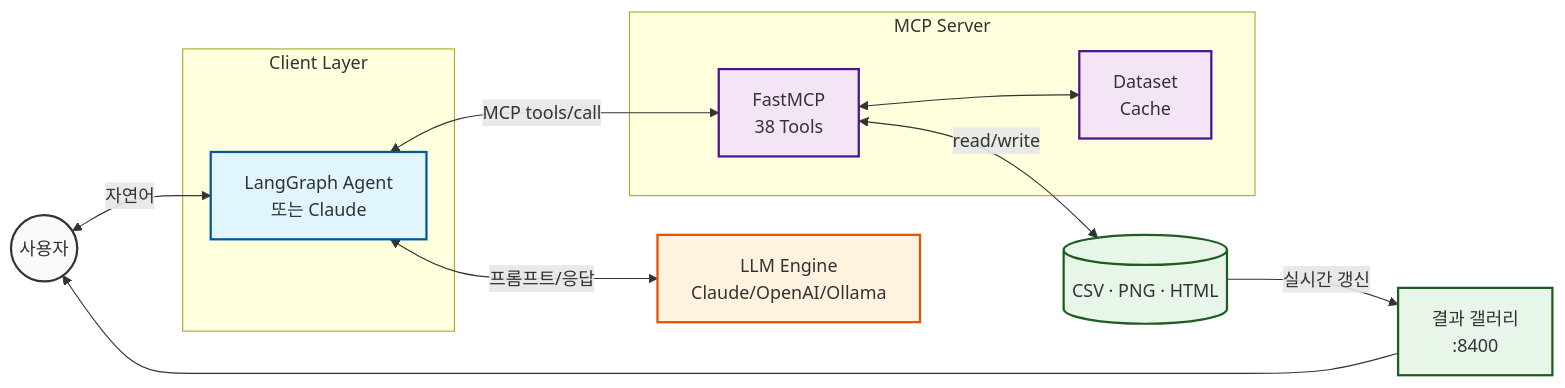
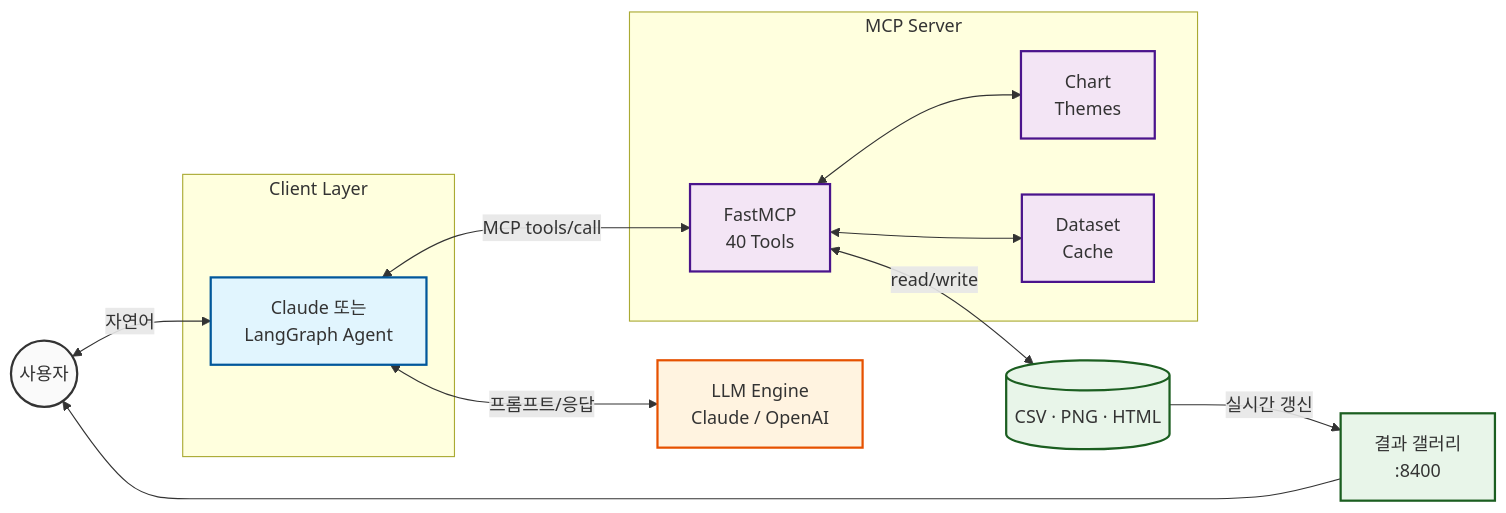
One commit to chaeminyoon/Data-Analyze-MCP changed the diagram in README.md. Above: the diagram before and after it, drawn with Mermaid. The commit also changed other lines of this file and 25 other files, not shown here.

````diff
--- a/README.md
+++ b/README.md
@@ -205,34 +232,36 @@
 ```mermaid
 graph LR
     classDef blue fill:#e1f5fe,stroke:#01579b,stroke-width:2px
     classDef purple fill:#f3e5f5,stroke:#4a148c,stroke-width:2px
     classDef orange fill:#fff3e0,stroke:#e65100,stroke-width:2px
     classDef green fill:#e8f5e9,stroke:#1b5e20,stroke-width:2px
     classDef gray fill:#fafafa,stroke:#333,stroke-width:2px
 
     User((사용자))
     subgraph Client [Client Layer]
-        Agent[LangGraph Agent<br/>또는 Claude]
+        Agent[Claude 또는<br/>LangGraph Agent]
     end
-    LLM[LLM Engine<br/>Claude/OpenAI/Ollama]
+    LLM[LLM Engine<br/>Claude / OpenAI]
     subgraph MCPLayer [MCP Server]
-        Server[FastMCP<br/>38 Tools]
+        Server[FastMCP<br/>40 Tools]
+        Theme[Chart<br/>Themes]
         Cache[Dataset<br/>Cache]
     end
     Files[(CSV · PNG · HTML)]
     Viewer[결과 갤러리<br/>:8400]
 
     User <-->|자연어| Agent
     Agent <-->|프롬프트/응답| LLM
     Agent <-->|MCP tools/call| Server
     Server <--> Cache
+    Server <--> Theme
     Server <-->|read/write| Files
     Files -->|실시간 갱신| Viewer
     Viewer --> User
 
     class User gray
     class Agent blue
     class LLM orange
-    class Server,Cache purple
+    class Server,Cache,Theme purple
     class Files,Viewer green
 ```
````
